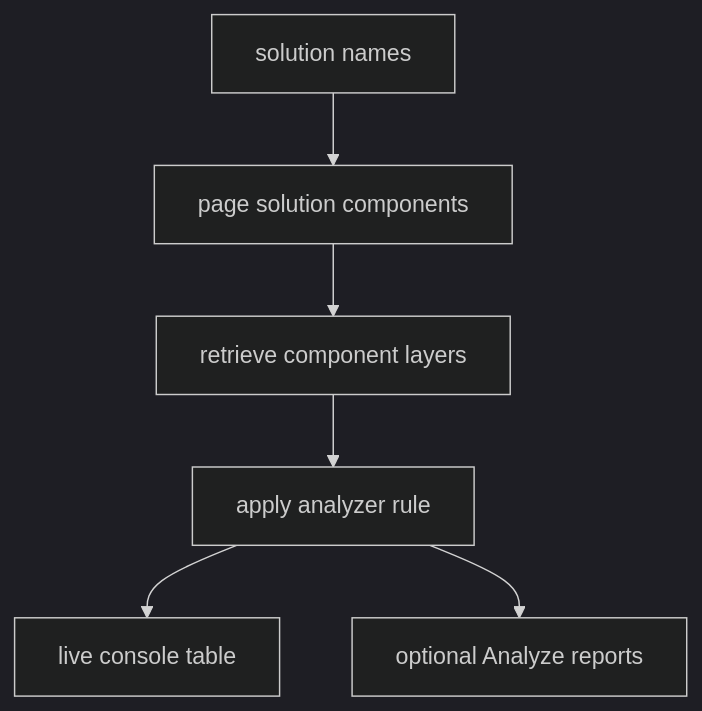
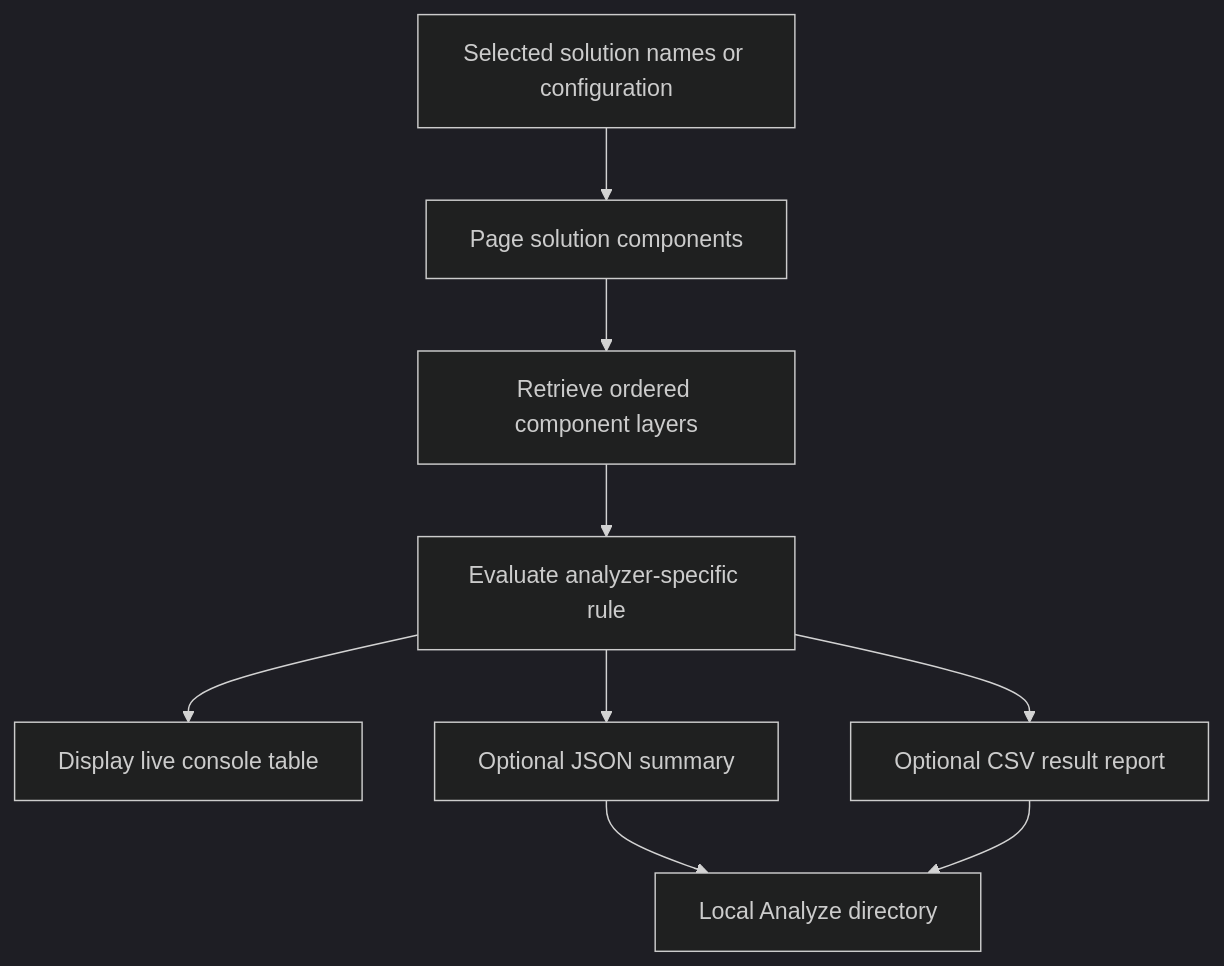
The diagram in openwiki/workflows/solution-analysis.md (DIGITALLNature/DigitallPower), drawn with Mermaid (dark theme) before and after one commit. The commit also changed other lines of this file and 29 other files, not shown here.

````diff
--- a/openwiki/workflows/solution-analysis.md
+++ b/openwiki/workflows/solution-analysis.md
@@ -13,8 +60,11 @@
 ```mermaid
 flowchart TD
-    Input["solution names"] --> Components["page solution components"]
-    Components --> Layers["retrieve component layers"]
-    Layers --> Rule["apply analyzer rule"]
-    Rule --> Console["live console table"]
-    Rule --> Files["optional Analyze reports"]
+    Input["Selected solution names or configuration"] --> Components["Page solution components"]
+    Components --> Lookup["Retrieve ordered component layers"]
+    Lookup --> Rule["Evaluate analyzer-specific rule"]
+    Rule --> Console["Display live console table"]
+    Rule --> Summary["Optional JSON summary"]
+    Rule --> Report["Optional CSV result report"]
+    Summary --> Local["Local Analyze directory"]
+    Report --> Local
 ```
````
